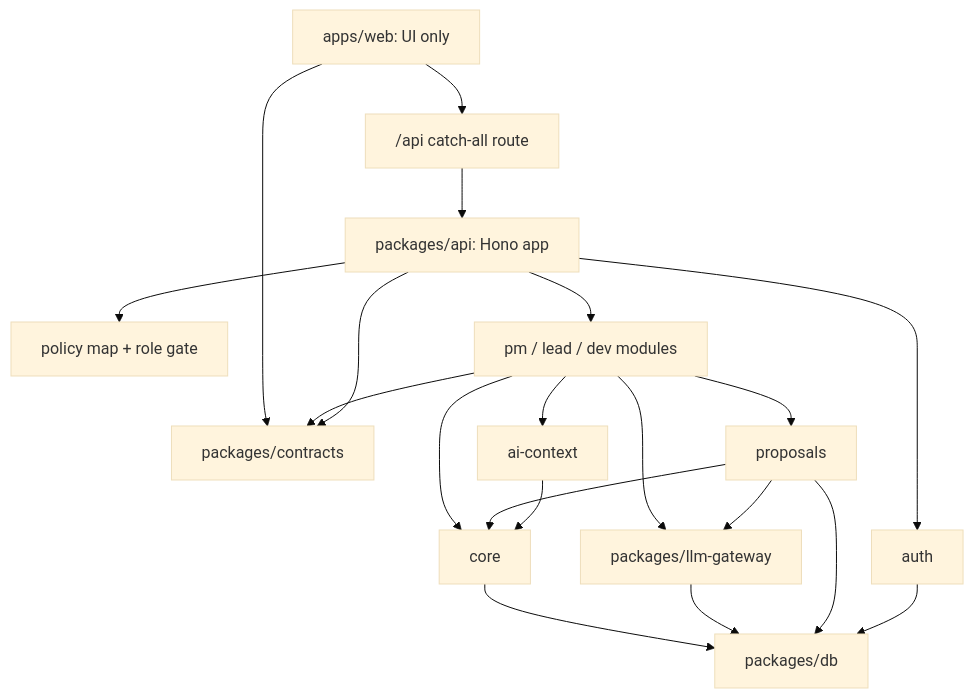
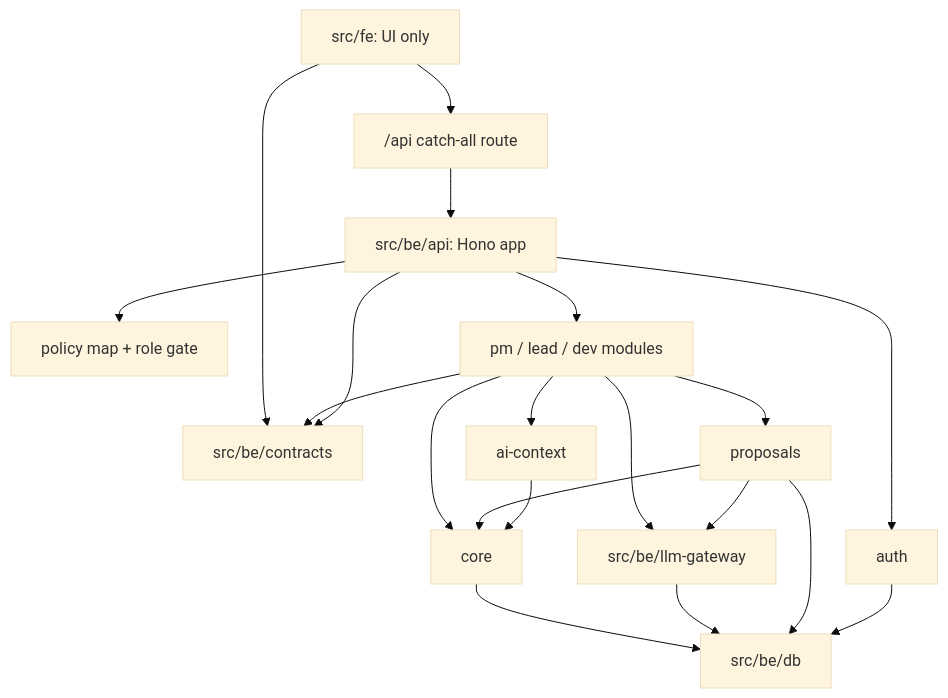
The second of 5 diagrams in docs/architecture/agile-platform-architecture.md (CS3227-2610-MP4-Easel/CS3227-2610-MP4), drawn with Mermaid (base theme) before and after one commit. The commit also changed other lines of this file and 16 other files, not shown here.

````diff
--- a/docs/architecture/agile-platform-architecture.md
+++ b/docs/architecture/agile-platform-architecture.md
@@ -68,22 +68,22 @@
 ```mermaid
 flowchart TD
-  web[apps/web: UI only] --> contracts[packages/contracts]
+  web[src/fe: UI only] --> contracts[src/be/contracts]
   web --> apimount["/api catch-all route"]
-  apimount --> api[packages/api: Hono app]
+  apimount --> api[src/be/api: Hono app]
   api --> policy[policy map + role gate]
   api --> roles["pm / lead / dev modules"]
   roles --> proposals[proposals]
   roles --> aictx[ai-context]
   roles --> core[core]
-  roles --> gateway[packages/llm-gateway]
+  roles --> gateway[src/be/llm-gateway]
   proposals --> core
   proposals --> gateway
   aictx --> core
-  core --> db[packages/db]
+  core --> db[src/be/db]
   gateway --> db
   proposals --> db
   api --> auth[auth]
   auth --> db
   roles --> contracts
   api --> contracts
 ```
````
